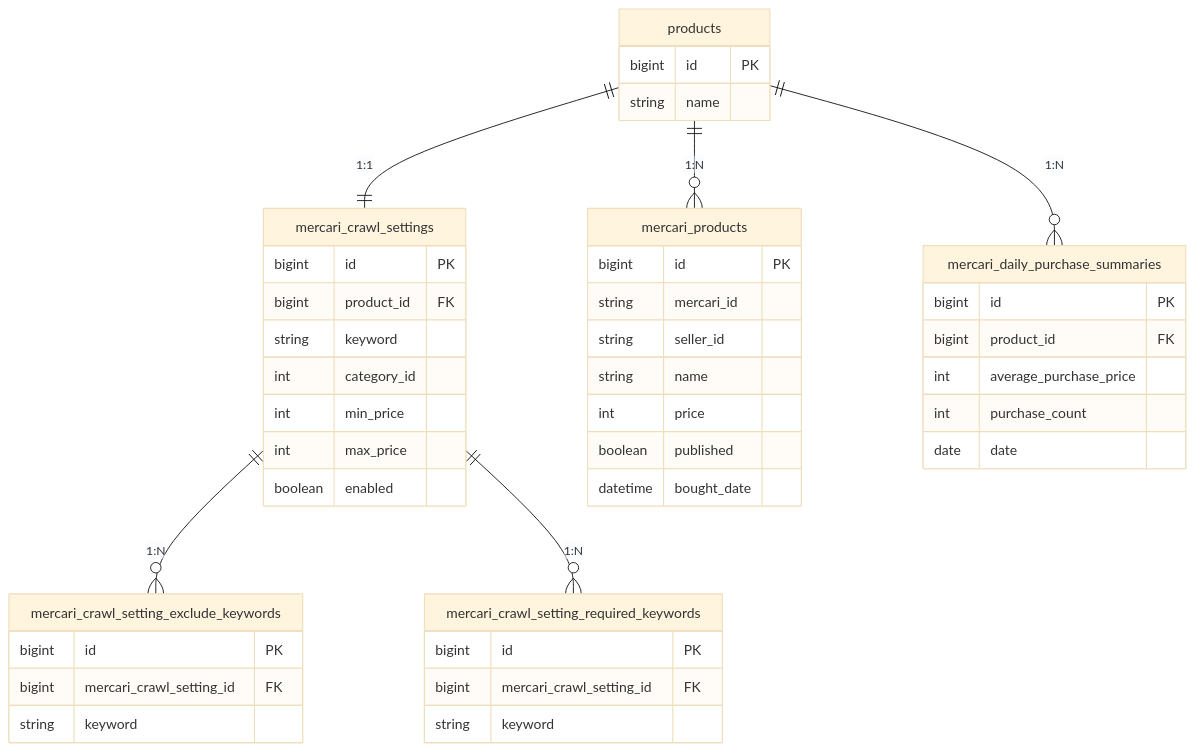
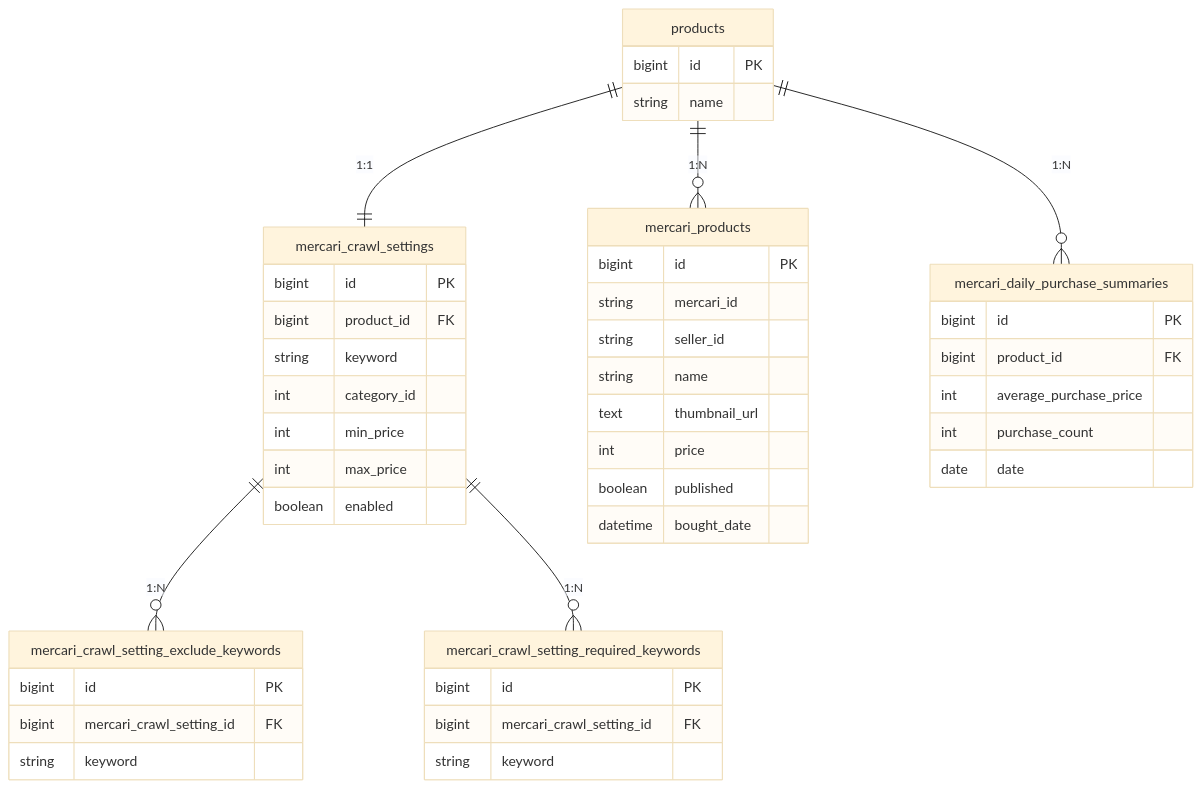
The third of 4 diagrams in README.md (kuroweb/price-monitoring), drawn with Mermaid (base theme) before and after one commit. The commit also changed other lines of this file and 11 other files, not shown here.

````diff
--- a/README.md
+++ b/README.md
@@ -129,48 +141,49 @@
 ```mermaid
 erDiagram
   products {
     bigint id PK
     string name
   }
   mercari_crawl_settings {
     bigint id PK
     bigint product_id FK
     string keyword
     int category_id
     int min_price
     int max_price
     boolean enabled
   }
   mercari_crawl_setting_exclude_keywords {
     bigint id PK
     bigint mercari_crawl_setting_id FK
     string keyword
   }
   mercari_crawl_setting_required_keywords {
     bigint id PK
     bigint mercari_crawl_setting_id FK
     string keyword
   }
   mercari_products {
     bigint id PK
     string mercari_id
     string seller_id
     string name
+    text thumbnail_url
     int price
     boolean published
     datetime bought_date
   }
   mercari_daily_purchase_summaries {
     bigint id PK
     bigint product_id FK
     int average_purchase_price
     int purchase_count
     date date
   }
 
   products ||--|| mercari_crawl_settings : "1:1"
   mercari_crawl_settings ||--o{ mercari_crawl_setting_exclude_keywords : "1:N"
   mercari_crawl_settings ||--o{ mercari_crawl_setting_required_keywords : "1:N"
   products ||--o{ mercari_products : "1:N"
   products ||--o{ mercari_daily_purchase_summaries : "1:N"
 ```
````
